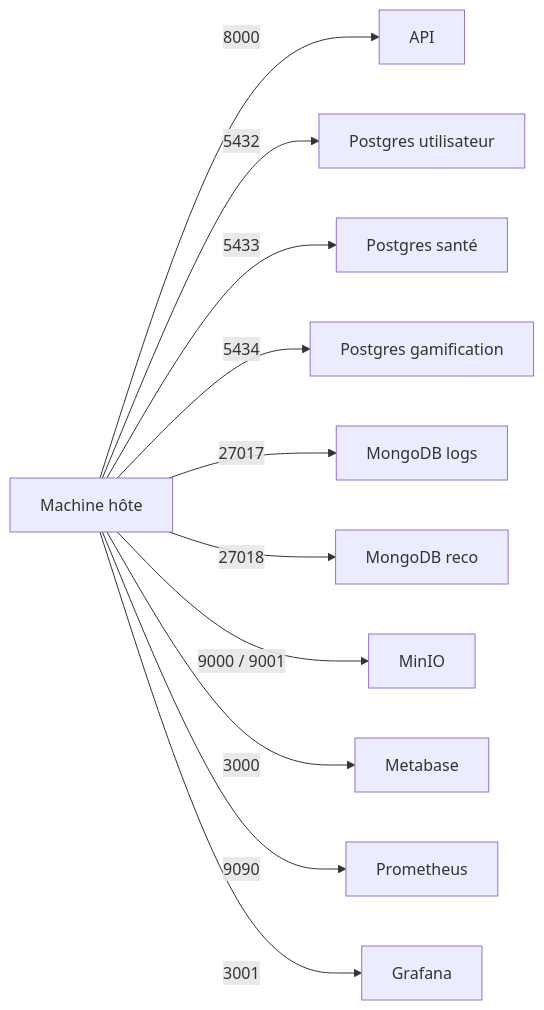
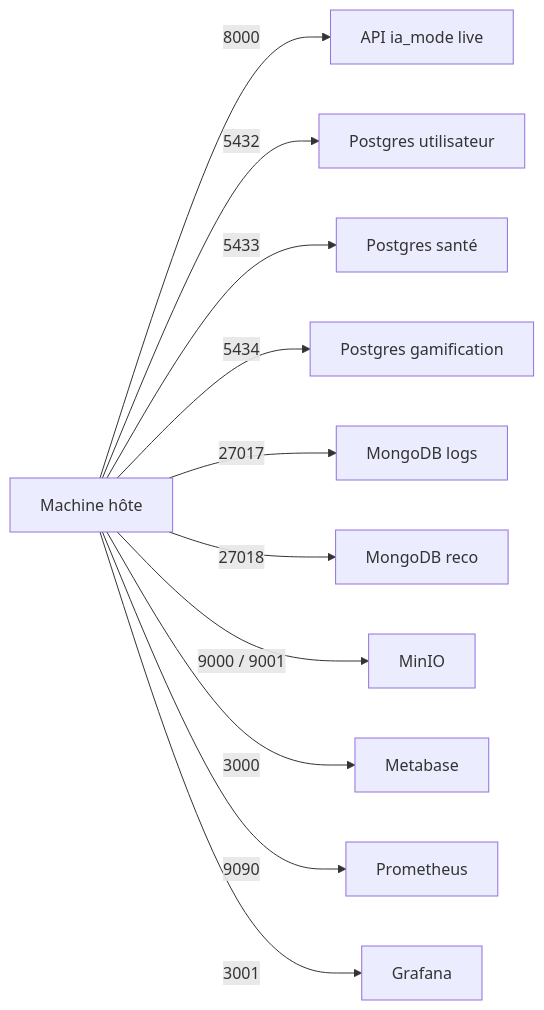
The first of 12 diagrams in README.md (Gwendal-Ferlin/MSPR502_BDD_Python), drawn with Mermaid before and after one commit. The commit also changed other lines of this file and 1 other file, not shown here.

````diff
--- a/README.md
+++ b/README.md
@@ -99,14 +103,14 @@
 ```mermaid
 flowchart LR
   Host["Machine hôte"]
-  Host -->|8000| API["API"]
+  Host -->|8000| API["API ia_mode live"]
   Host -->|5432| PGU["Postgres utilisateur"]
   Host -->|5433| PGS["Postgres santé"]
   Host -->|5434| PGG["Postgres gamification"]
   Host -->|27017| MLogs["MongoDB logs"]
   Host -->|27018| MReco["MongoDB reco"]
   Host -->|9000 / 9001| MinIO["MinIO"]
   Host -->|3000| MB["Metabase"]
   Host -->|9090| Prom["Prometheus"]
   Host -->|3001| Graf["Grafana"]
 ```
````
